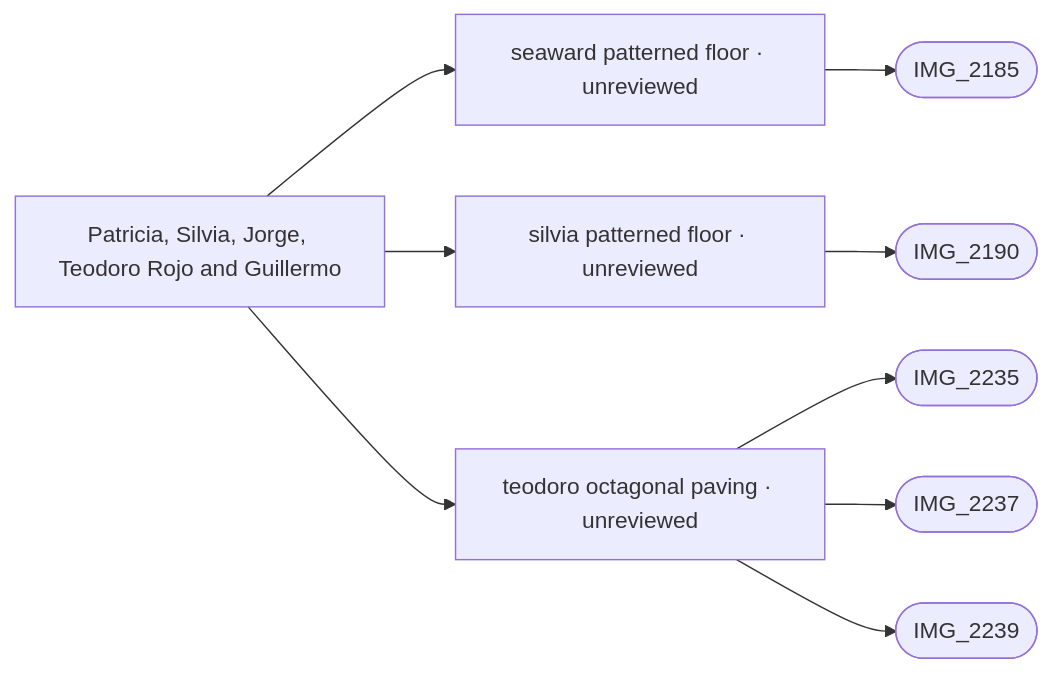
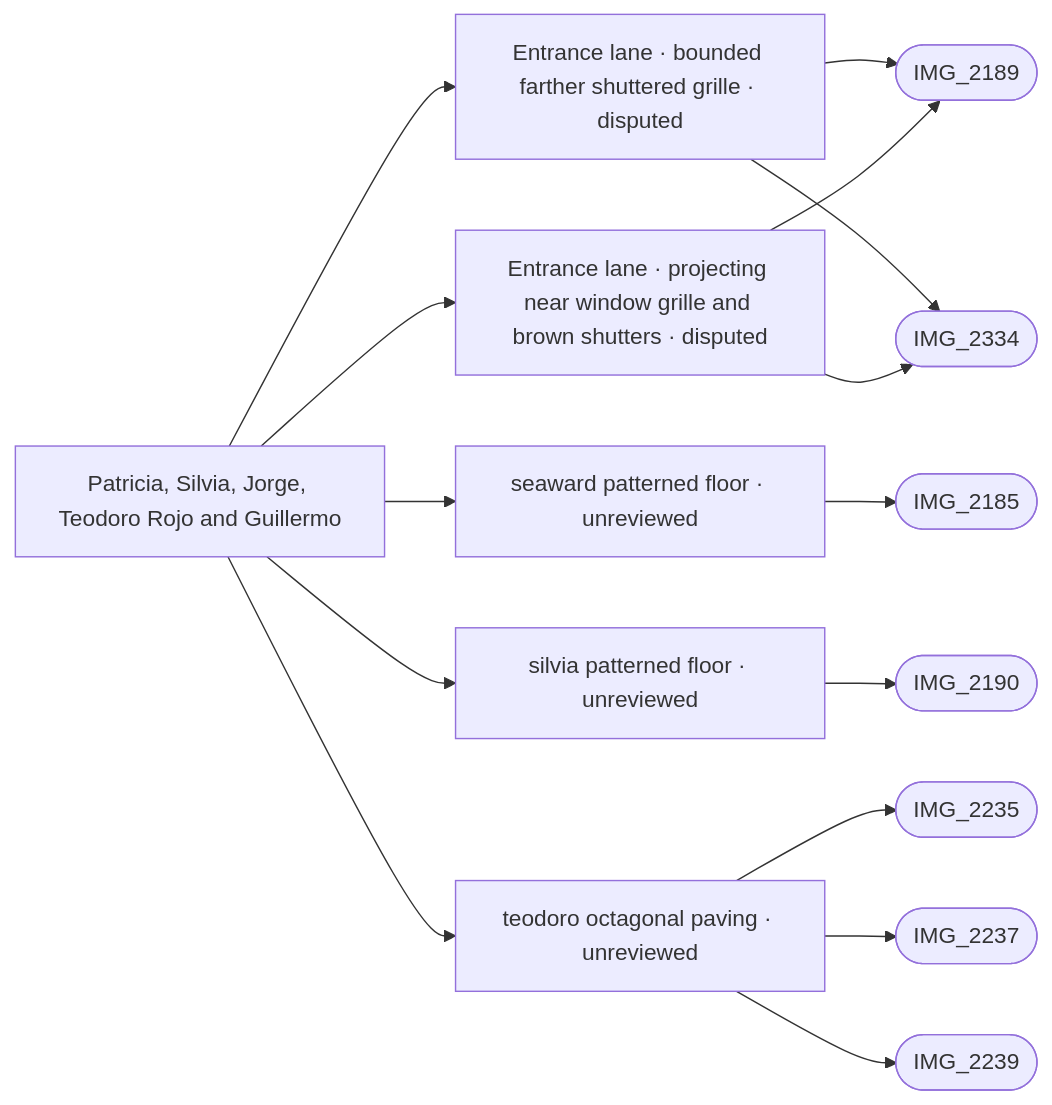
One commit to daveyboyc/villacana-venture changed the diagram in refs/areas/seaward-lanes.md. Above: the diagram before and after it, drawn with Mermaid. The commit also changed other lines of this file and 47 other files, not shown here.

Commit message:
Build entrance lane planters and projecting window grilles as bounded draft

````diff
--- a/refs/areas/seaward-lanes.md
+++ b/refs/areas/seaward-lanes.md
@@ -27,12 +27,18 @@
 ```mermaid
 graph LR
   A["Patricia, Silvia, Jorge, Teodoro Rojo and Guillermo"]
-  A --> F0["seaward patterned floor · unreviewed"]
-  F0 --> PIMG_2185_jpg(["IMG_2185"])
-  A --> F1["silvia patterned floor · unreviewed"]
-  F1 --> PIMG_2190_jpg(["IMG_2190"])
-  A --> F2["teodoro octagonal paving · unreviewed"]
-  F2 --> PIMG_2235_jpg(["IMG_2235"])
-  F2 --> PIMG_2237_jpg(["IMG_2237"])
-  F2 --> PIMG_2239_jpg(["IMG_2239"])
+  A --> F0["Entrance lane · bounded farther shuttered grille · disputed"]
+  F0 --> PIMG_2189_jpg(["IMG_2189"])
+  F0 --> PIMG_2334_jpg(["IMG_2334"])
+  A --> F1["Entrance lane · projecting near window grille and brown shutters · disputed"]
+  F1 --> PIMG_2189_jpg(["IMG_2189"])
+  F1 --> PIMG_2334_jpg(["IMG_2334"])
+  A --> F2["seaward patterned floor · unreviewed"]
+  F2 --> PIMG_2185_jpg(["IMG_2185"])
+  A --> F3["silvia patterned floor · unreviewed"]
+  F3 --> PIMG_2190_jpg(["IMG_2190"])
+  A --> F4["teodoro octagonal paving · unreviewed"]
+  F4 --> PIMG_2235_jpg(["IMG_2235"])
+  F4 --> PIMG_2237_jpg(["IMG_2237"])
+  F4 --> PIMG_2239_jpg(["IMG_2239"])
 ```
````
